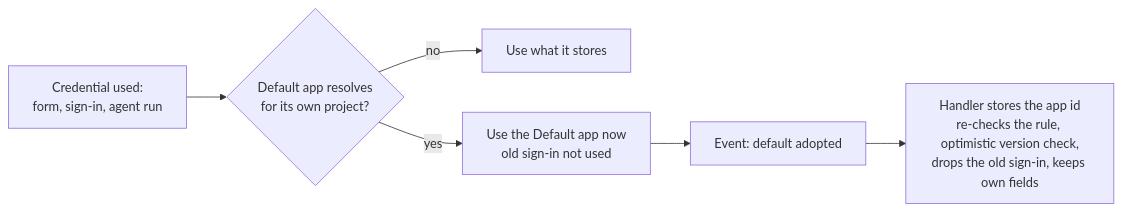
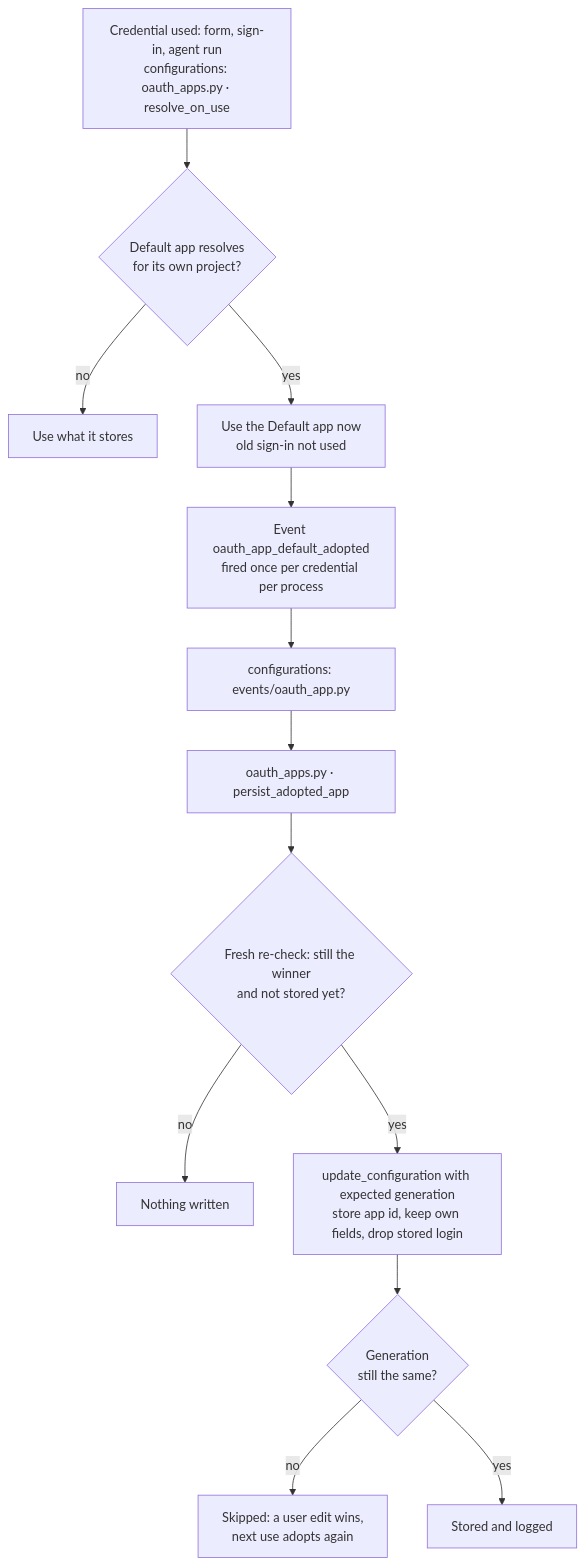
One commit to EliteaAI/elitea-sdk changed the seventh of 9 diagrams in docs/guides/oauth_apps/spec.md. Above: the diagram before and after it, drawn with Mermaid. The commit also changed other lines of this file, not shown here.

First line of the commit message:
#7149 docs: process diagrams and R8 scenarios in the OAuth Apps spec

````diff
--- a/docs/guides/oauth_apps/spec.md
+++ b/docs/guides/oauth_apps/spec.md
@@ -313,8 +395,15 @@
 ```mermaid
-flowchart LR
-    U[Credential used:<br/>form, sign-in, agent run] --> R{Default app resolves<br/>for its own project?}
+flowchart TD
+    U["Credential used: form, sign-in, agent run<br/>configurations: oauth_apps.py · resolve_on_use"] --> R{"Default app resolves<br/>for its own project?"}
     R -- no --> S[Use what it stores]
-    R -- yes --> D[Use the Default app now<br/>old sign-in not used]
-    D --> E[Event: default adopted]
-    E --> P[Handler stores the app id<br/>re-checks the rule, optimistic version check,<br/>drops the old sign-in, keeps own fields]
+    R -- yes --> D["Use the Default app now<br/>old sign-in not used"]
+    D --> E["Event oauth_app_default_adopted<br/>fired once per credential per process"]
+    E --> H["configurations: events/oauth_app.py"]
+    H --> P["oauth_apps.py · persist_adopted_app"]
+    P --> F{"Fresh re-check: still the winner<br/>and not stored yet?"}
+    F -- no --> N[Nothing written]
+    F -- yes --> W["update_configuration with expected generation<br/>store app id, keep own fields, drop stored login"]
+    W --> G{"Generation<br/>still the same?"}
+    G -- no --> N2["Skipped: a user edit wins,<br/>next use adopts again"]
+    G -- yes --> L[Stored and logged]
 ```
````
